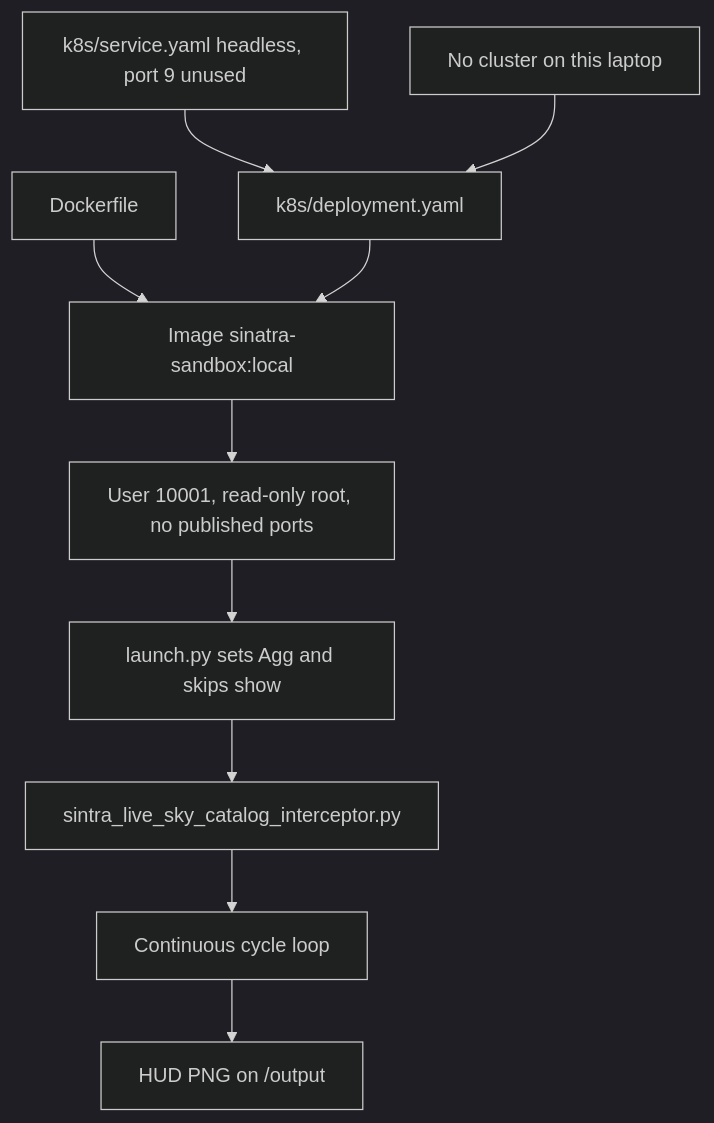
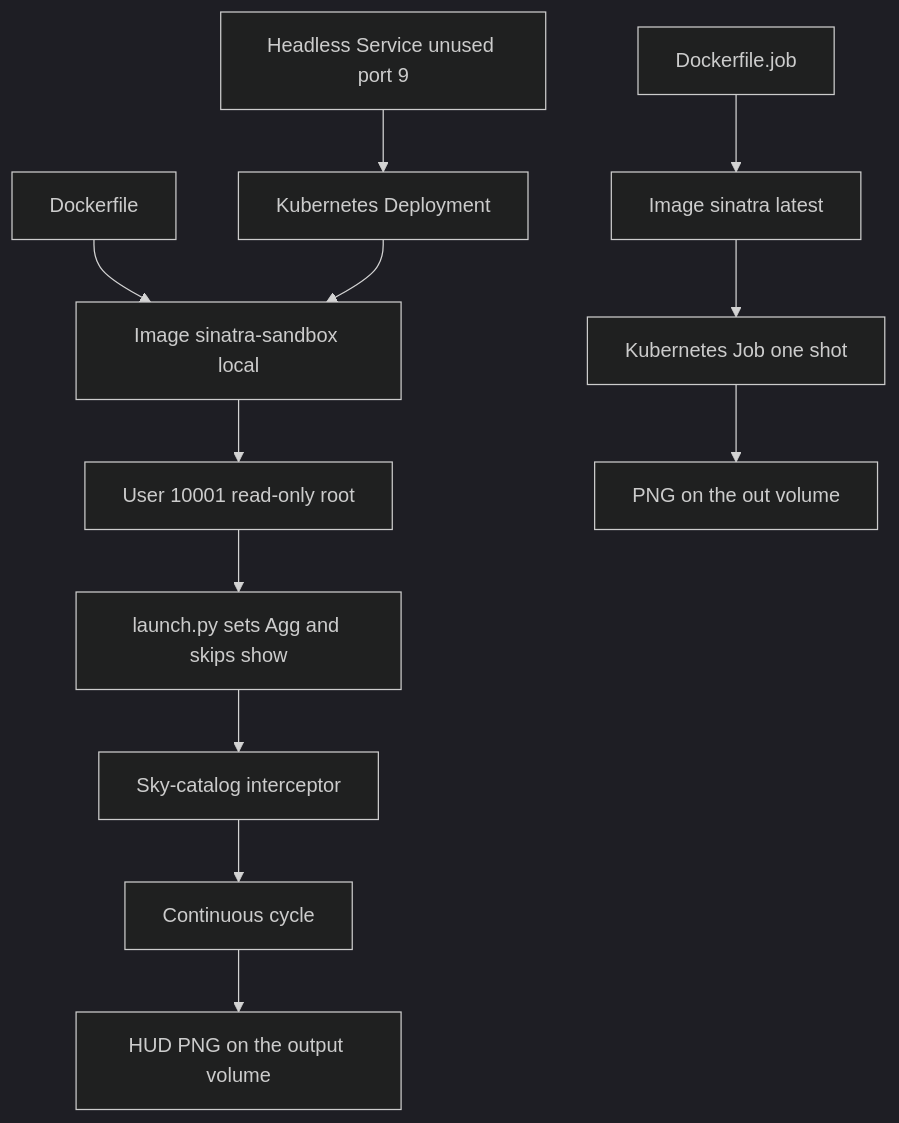
The second of 3 diagrams in README.md (code4johnm/sinatra_audit), drawn with Mermaid (dark theme) before and after one commit. The commit also changed other lines of this file and 10 other files, not shown here.

First line of the commit message:
Correct proof claims and fix Mermaid diagrams.

````diff
--- a/README.md
+++ b/README.md
@@ -94,23 +94,28 @@
 ```mermaid
-flowchart TD
-  docker["Dockerfile"]
-  image["Image sinatra-sandbox:local"]
-  user["User 10001, read-only root, no published ports"]
-  launch["launch.py sets Agg and skips show"]
-  script["sintra_live_sky_catalog_interceptor.py"]
-  loop["Continuous cycle loop"]
-  png["HUD PNG on /output"]
-  dep["k8s/deployment.yaml"]
-  svc["k8s/service.yaml headless, port 9 unused"]
-  host["No cluster on this laptop"]
+graph TD
+  docker[Dockerfile]
+  image[Image sinatra-sandbox local]
+  user[User 10001 read-only root]
+  launch[launch.py sets Agg and skips show]
+  script[Sky-catalog interceptor]
+  loop[Continuous cycle]
+  png[HUD PNG on the output volume]
+  dep[Kubernetes Deployment]
+  svc[Headless Service unused port 9]
+  jobfile[Dockerfile.job]
+  jobimg[Image sinatra latest]
+  job[Kubernetes Job one shot]
+  outvol[PNG on the out volume]
 
   docker --> image
   image --> user
   user --> launch
   launch --> script
   script --> loop
   loop --> png
   dep --> image
   svc --> dep
-  host --> dep
+  jobfile --> jobimg
+  jobimg --> job
+  job --> outvol
 ```
````
